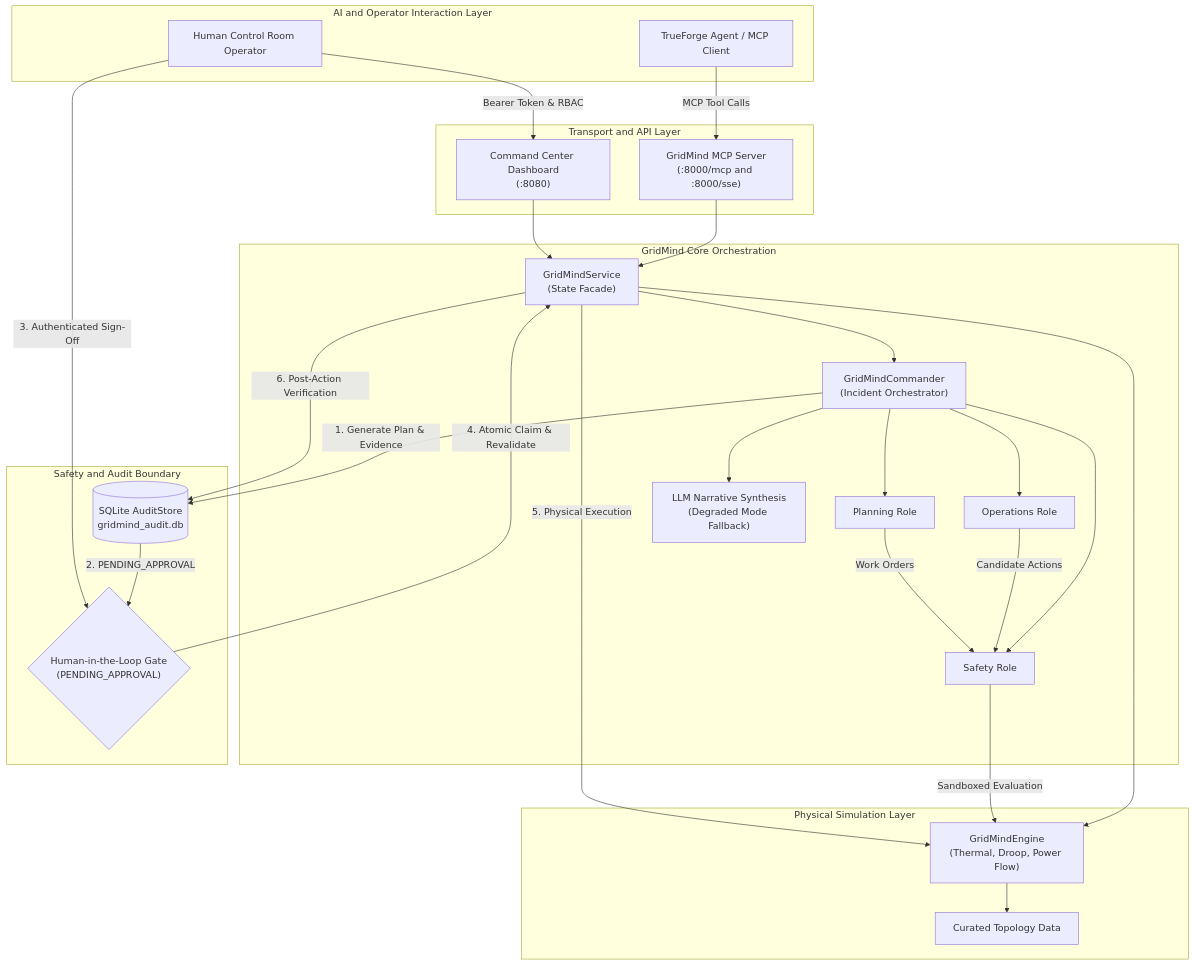
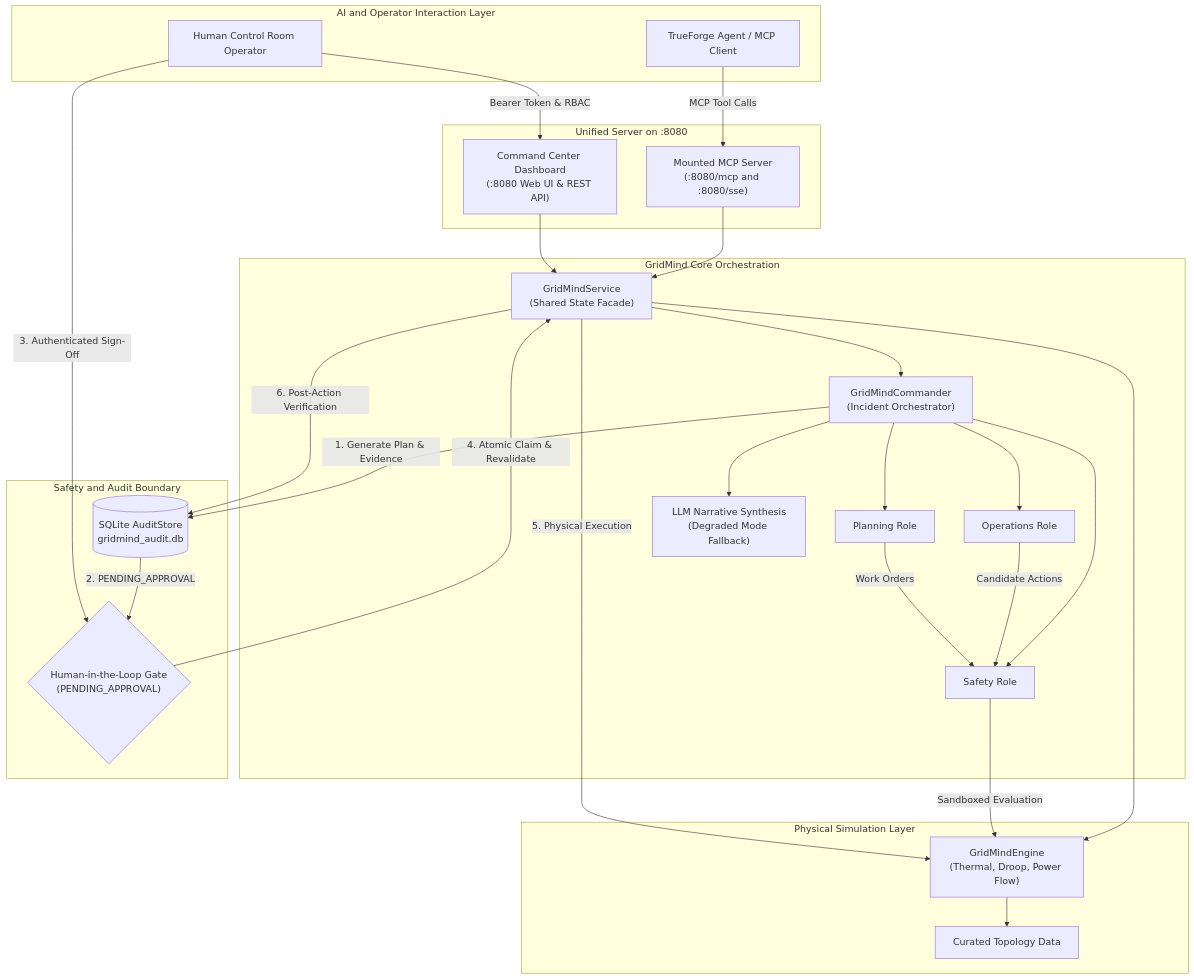
One commit to kaamilstudiesig/gridmind changed the diagram in README.md. Above: the diagram before and after it, drawn with Mermaid. The commit also changed other lines of this file, not shown here.

Commit message:
docs: resolve Qodo review findings (unified setup architecture, status outcomes, and BASE scenario description)

````diff
--- a/README.md
+++ b/README.md
@@ -35,54 +35,54 @@
 ```mermaid
 flowchart TD
     subgraph ClientLayer [AI and Operator Interaction Layer]
         TF["TrueForge Agent / MCP Client"]
         OP["Human Control Room Operator"]
     end
 
-    subgraph TransportLayer [Transport and API Layer]
-        MCP["GridMind MCP Server<br/>(:8000/mcp and :8000/sse)"]
-        DASH["Command Center Dashboard<br/>(:8080)"]
+    subgraph TransportLayer [Unified Server on :8080]
+        MCP["Mounted MCP Server<br/>(:8080/mcp and :8080/sse)"]
+        DASH["Command Center Dashboard<br/>(:8080 Web UI & REST API)"]
     end
 
     subgraph CoreLayer [GridMind Core Orchestration]
-        SVC["GridMindService<br/>(State Facade)"]
+        SVC["GridMindService<br/>(Shared State Facade)"]
         CMD["GridMindCommander<br/>(Incident Orchestrator)"]
         OPS["Operations Role"]
         PLN["Planning Role"]
         SFT["Safety Role"]
         LLM["LLM Narrative Synthesis<br/>(Degraded Mode Fallback)"]
     end
 
     subgraph SafetyGate [Safety and Audit Boundary]
         GATE{"Human-in-the-Loop Gate<br/>(PENDING_APPROVAL)"}
         STORE[("SQLite AuditStore<br/>gridmind_audit.db")]
     end
 
     subgraph PhysicsLayer [Physical Simulation Layer]
         ENG["GridMindEngine<br/>(Thermal, Droop, Power Flow)"]
         DATA["Curated Topology Data"]
     end
 
     TF -->|MCP Tool Calls| MCP
     OP -->|Bearer Token & RBAC| DASH
     MCP --> SVC
     DASH --> SVC
     SVC --> CMD
     SVC --> ENG
     ENG --> DATA
 
     CMD --> OPS
     CMD --> PLN
     CMD --> SFT
     OPS -->|Candidate Actions| SFT
     PLN -->|Work Orders| SFT
     SFT -->|Sandboxed Evaluation| ENG
     CMD --> LLM
 
     CMD -->|1. Generate Plan & Evidence| STORE
     STORE -->|2. PENDING_APPROVAL| GATE
     OP -->|3. Authenticated Sign-Off| GATE
     GATE -->|4. Atomic Claim & Revalidate| SVC
     SVC -->|5. Physical Execution| ENG
     SVC -->|6. Post-Action Verification| STORE
 ```
````
